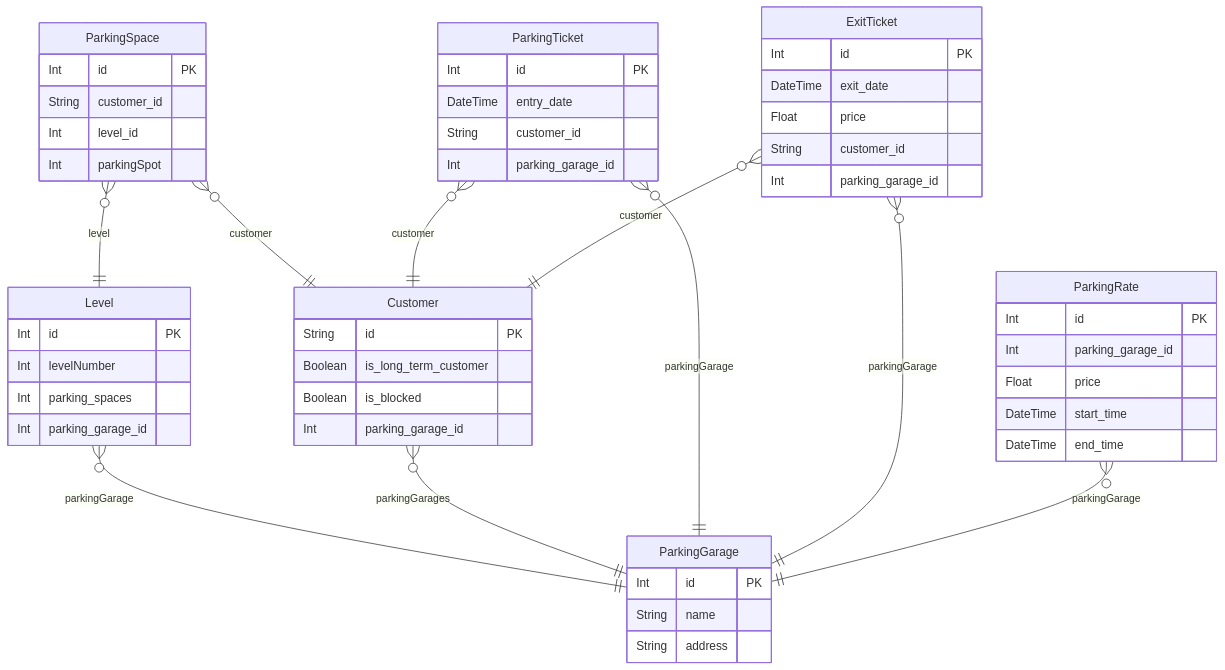
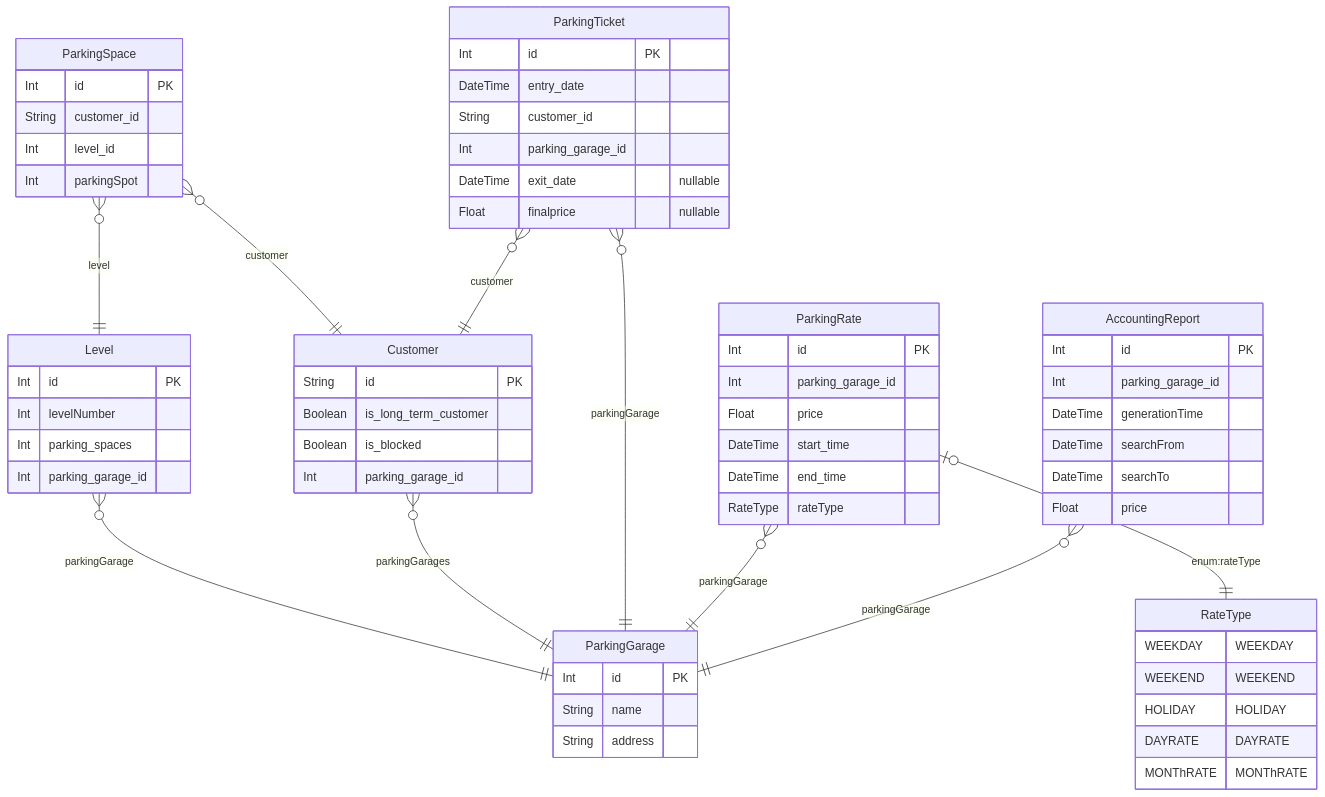
Before and after one commit to DaAlbrecht/parking-garage: the diagram in documentation/erd.md, drawn with Mermaid. The commit also changed 8 other files, not shown here.

Commit message:
Setup initial parking rates for new garage

````diff
--- a/documentation/erd.md
+++ b/documentation/erd.md
@@ -1,69 +1,81 @@
 ```mermaid
 erDiagram
 
+        RateType {
+            WEEKDAY WEEKDAY
+WEEKEND WEEKEND
+HOLIDAY HOLIDAY
+DAYRATE DAYRATE
+MONThRATE MONThRATE
+        }
+    
   ParkingGarage {
     Int id PK 
     String name  
     String address  
     }
   
 
   Level {
     Int id PK 
     Int levelNumber  
     Int parking_spaces  
     Int parking_garage_id  
     }
   
 
   ParkingSpace {
     Int id PK 
     String customer_id  
     Int level_id  
     Int parkingSpot  
     }
   
 
   Customer {
     String id PK 
     Boolean is_long_term_customer  
     Boolean is_blocked  
     Int parking_garage_id  
     }
   
 
   ParkingTicket {
     Int id PK 
     DateTime entry_date  
     String customer_id  
     Int parking_garage_id  
-    }
-  
-
-  ExitTicket {
-    Int id PK 
-    DateTime exit_date  
-    Float price  
-    String customer_id  
-    Int parking_garage_id  
+    DateTime exit_date  "nullable"
+    Float finalprice  "nullable"
     }
   
 
   ParkingRate {
     Int id PK 
     Int parking_garage_id  
     Float price  
     DateTime start_time  
     DateTime end_time  
+    RateType rateType  
+    }
+  
+
+  AccountingReport {
+    Int id PK 
+    Int parking_garage_id  
+    DateTime generationTime  
+    DateTime searchFrom  
+    DateTime searchTo  
+    Float price  
     }
   
     Level o{--|| ParkingGarage : "parkingGarage"
     ParkingSpace o{--|| Customer : "customer"
     ParkingSpace o{--|| Level : "level"
     Customer o{--|| ParkingGarage : "parkingGarages"
     ParkingTicket o{--|| Customer : "customer"
     ParkingTicket o{--|| ParkingGarage : "parkingGarage"
-    ExitTicket o{--|| Customer : "customer"
-    ExitTicket o{--|| ParkingGarage : "parkingGarage"
     ParkingRate o{--|| ParkingGarage : "parkingGarage"
+    ParkingRate o|--|| RateType : "enum:rateType"
+    AccountingReport o{--|| ParkingGarage : "parkingGarage"
 ```
````
